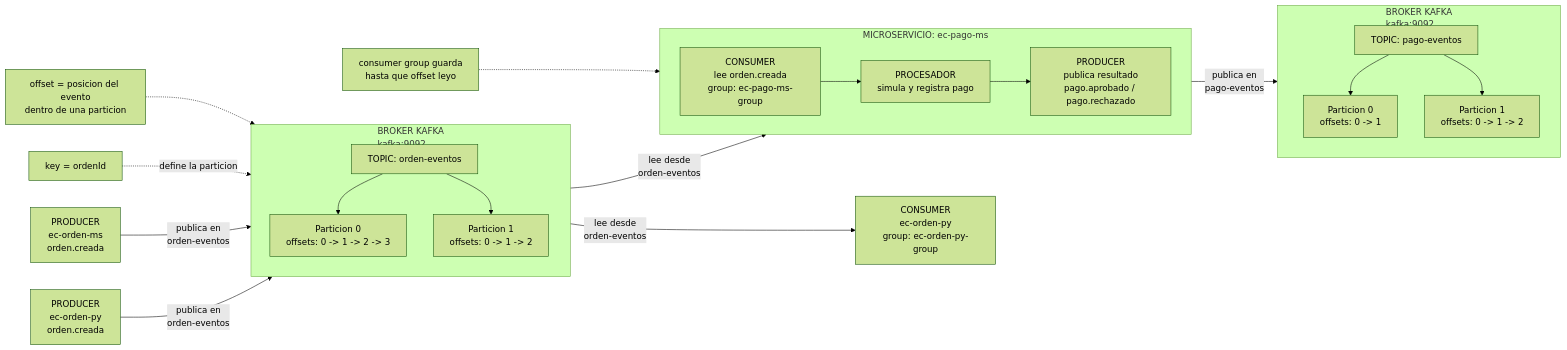
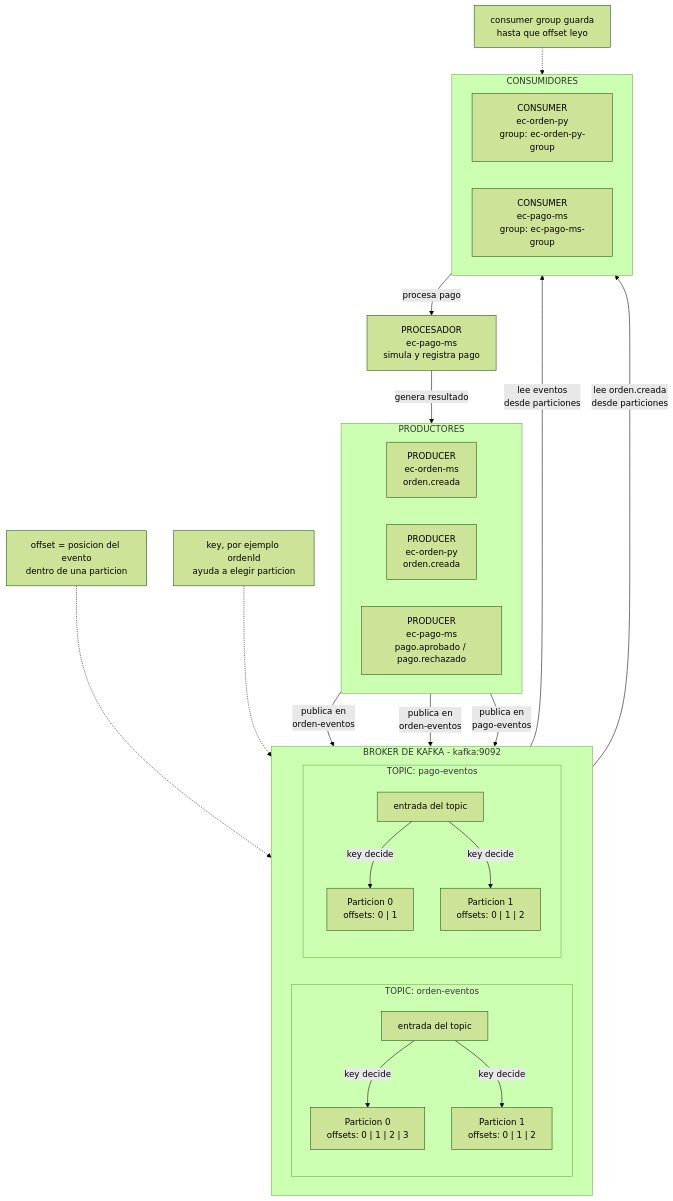
Before and after one commit to 261bigdata/lambdalab: the second of 2 diagrams in kafka/TALLER_KAFKA_2026_1.md, drawn with Mermaid (forest theme). The commit also changed 25 other files, not shown here.

````diff
--- a/kafka/TALLER_KAFKA_2026_1.md
+++ b/kafka/TALLER_KAFKA_2026_1.md
@@ -108,41 +108,49 @@
 ```mermaid
-flowchart LR
-    OffsetNota["offset = posicion del evento<br/>dentro de una particion"] -.-> OrdenP0
-    KeyOrden["key = ordenId"] -. "define la particion" .-> OrdenTopic
-
-    OrdenProducer["PRODUCER<br/>ec-orden-ms<br/>orden.creada"] -->|"publica en<br/>orden-eventos"| OrdenTopic
-    PythonProducer["PRODUCER<br/>ec-orden-py<br/>orden.creada"] -->|"publica en<br/>orden-eventos"| OrdenTopic
-
-    subgraph BrokerOrden["BROKER KAFKA<br/>kafka:9092"]
-        direction TB
-        OrdenTopic["TOPIC: orden-eventos"]
-        OrdenP0["Particion 0<br/>offsets: 0 -> 1 -> 2 -> 3"]
-        OrdenP1["Particion 1<br/>offsets: 0 -> 1 -> 2"]
-        OrdenTopic --> OrdenP0
-        OrdenTopic --> OrdenP1
+flowchart TB
+    subgraph Productores["PRODUCTORES"]
+        direction LR
+        OrdenProducer["PRODUCER<br/>ec-orden-ms<br/>orden.creada"]
+        PythonProducer["PRODUCER<br/>ec-orden-py<br/>orden.creada"]
+        PagoProducer["PRODUCER<br/>ec-pago-ms<br/>pago.aprobado / pago.rechazado"]
     end
 
-    OrdenP1 -->|"lee desde<br/>orden-eventos"| PythonConsumer["CONSUMER<br/>ec-orden-py<br/>group: ec-orden-py-group"]
-    OrdenP0 -->|"lee desde<br/>orden-eventos"| PagoConsumer
+    subgraph KafkaCluster["BROKER DE KAFKA - kafka:9092"]
+        direction LR
+        subgraph OrdenBox["TOPIC: orden-eventos"]
+            direction TB
+            OrdenTopic["entrada del topic"]
+            OrdenP0["Particion 0<br/>offsets: 0 | 1 | 2 | 3"]
+            OrdenP1["Particion 1<br/>offsets: 0 | 1 | 2"]
+            OrdenTopic -->|"key decide"| OrdenP0
+            OrdenTopic -->|"key decide"| OrdenP1
+        end
 
-    subgraph PagoService["MICROSERVICIO: ec-pago-ms"]
-        direction LR
-        PagoConsumer["CONSUMER<br/>lee orden.creada<br/>group: ec-pago-ms-group"]
-        PagoProcessor["PROCESADOR<br/>simula y registra pago"]
-        PagoProducer["PRODUCER<br/>publica resultado<br/>pago.aprobado / pago.rechazado"]
-        PagoConsumer --> PagoProcessor --> PagoProducer
+        subgraph PagoBox["TOPIC: pago-eventos"]
+            direction TB
+            PagoTopic["entrada del topic"]
+            PagoP0["Particion 0<br/>offsets: 0 | 1"]
+            PagoP1["Particion 1<br/>offsets: 0 | 1 | 2"]
+            PagoTopic -->|"key decide"| PagoP0
+            PagoTopic -->|"key decide"| PagoP1
+        end
     end
 
+    subgraph Consumidores["CONSUMIDORES"]
+        direction LR
+        PythonConsumer["CONSUMER<br/>ec-orden-py<br/>group: ec-orden-py-group"]
+        PagoConsumer["CONSUMER<br/>ec-pago-ms<br/>group: ec-pago-ms-group"]
+    end
+
+    OrdenProducer -->|"publica en<br/>orden-eventos"| OrdenTopic
+    PythonProducer -->|"publica en<br/>orden-eventos"| OrdenTopic
     PagoProducer -->|"publica en<br/>pago-eventos"| PagoTopic
 
-    subgraph BrokerPago["BROKER KAFKA<br/>kafka:9092"]
-        direction TB
-        PagoTopic["TOPIC: pago-eventos"]
-        PagoP0["Particion 0<br/>offsets: 0 -> 1"]
-        PagoP1["Particion 1<br/>offsets: 0 -> 1 -> 2"]
-        PagoTopic --> PagoP0
-        PagoTopic --> PagoP1
-    end
+    OrdenP1 -->|"lee eventos<br/>desde particiones"| PythonConsumer
+    OrdenP0 -->|"lee orden.creada<br/>desde particiones"| PagoConsumer
+    PagoConsumer -->|"procesa pago"| PagoProcessor["PROCESADOR<br/>ec-pago-ms<br/>simula y registra pago"]
+    PagoProcessor -->|"genera resultado"| PagoProducer
 
+    OffsetNota["offset = posicion del evento<br/>dentro de una particion"] -.-> OrdenP0
+    KeyOrden["key, por ejemplo ordenId<br/>ayuda a elegir particion"] -.-> OrdenTopic
     GroupNota["consumer group guarda<br/>hasta que offset leyo"] -.-> PagoConsumer
 ```
````
